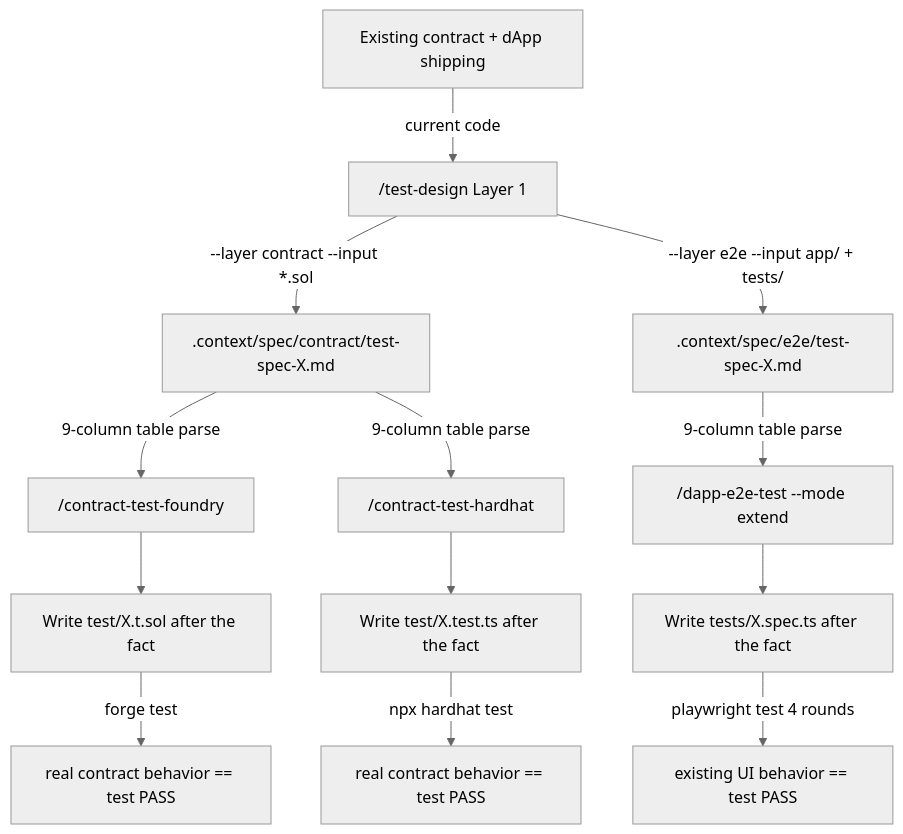
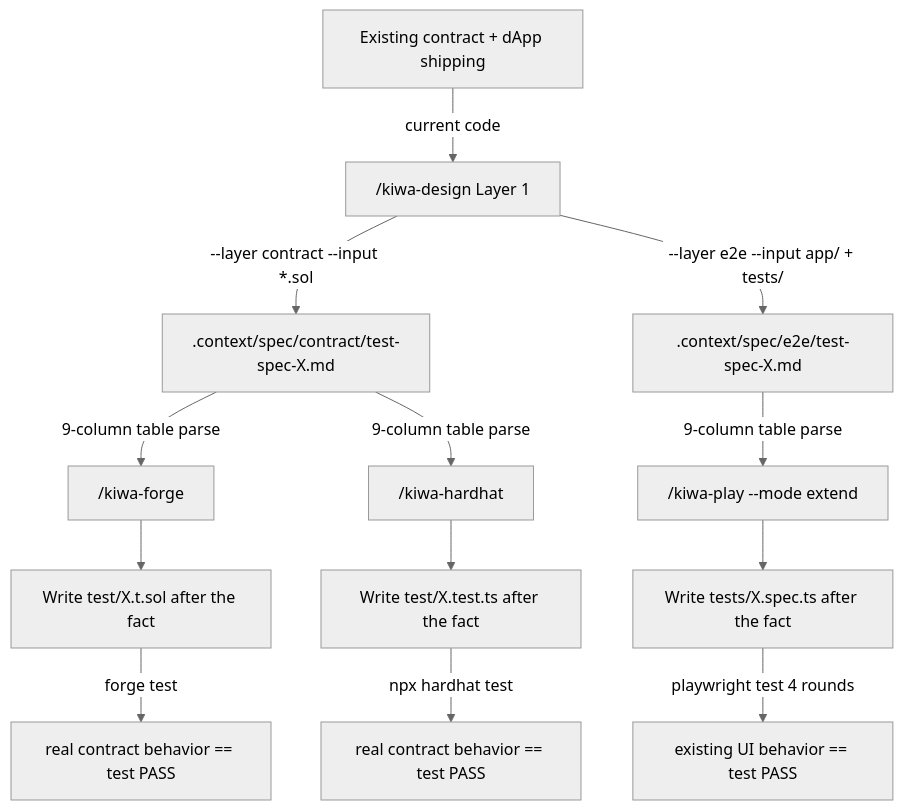
The diagram in docs/en/cookbook/test-design-flow.md (cardene777/kiwa), drawn with Mermaid (neutral theme) before and after one commit. The commit also changed other lines of this file and 296 other files, not shown here.

First line of the commit message:
🎨 rebrand: dapp-e2e → kiwa 全面リネーム (npm / repo / docs / skill 4 つ)

````diff
--- a/docs/en/cookbook/test-design-flow.md
+++ b/docs/en/cookbook/test-design-flow.md
@@ -11,15 +11,15 @@
 ```mermaid
 graph TD
-    A[Existing contract + dApp shipping] -->|current code| B["/test-design Layer 1"]
+    A[Existing contract + dApp shipping] -->|current code| B["/kiwa-design Layer 1"]
     B -->|--layer contract --input *.sol| C[.context/spec/contract/test-spec-X.md]
     B -->|--layer e2e --input app/ + tests/| D[.context/spec/e2e/test-spec-X.md]
-    C -->|9-column table parse| E["/contract-test-foundry"]
-    C -->|9-column table parse| F["/contract-test-hardhat"]
-    D -->|9-column table parse| G["/dapp-e2e-test --mode extend"]
+    C -->|9-column table parse| E["/kiwa-forge"]
+    C -->|9-column table parse| F["/kiwa-hardhat"]
+    D -->|9-column table parse| G["/kiwa-play --mode extend"]
     E --> H[Write test/X.t.sol after the fact]
     F --> I[Write test/X.test.ts after the fact]
     G --> J[Write tests/X.spec.ts after the fact]
     H -->|forge test| K[real contract behavior == test PASS]
     I -->|npx hardhat test| L[real contract behavior == test PASS]
     J -->|playwright test 4 rounds| M[existing UI behavior == test PASS]
 ```
````
